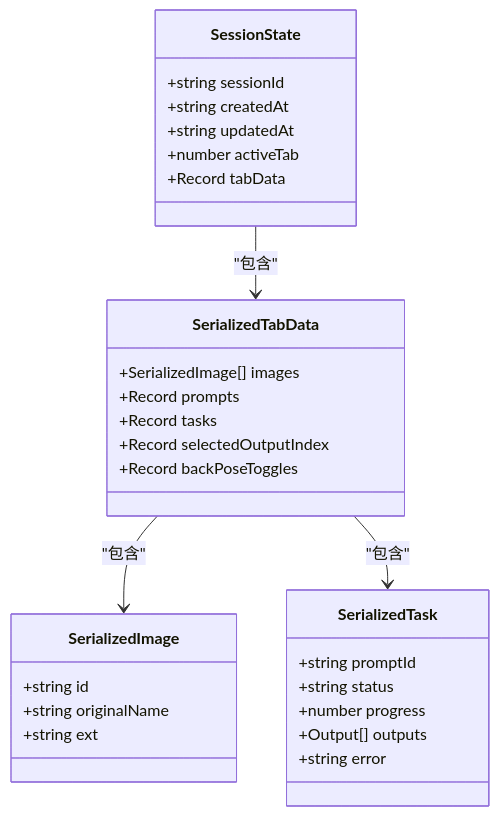
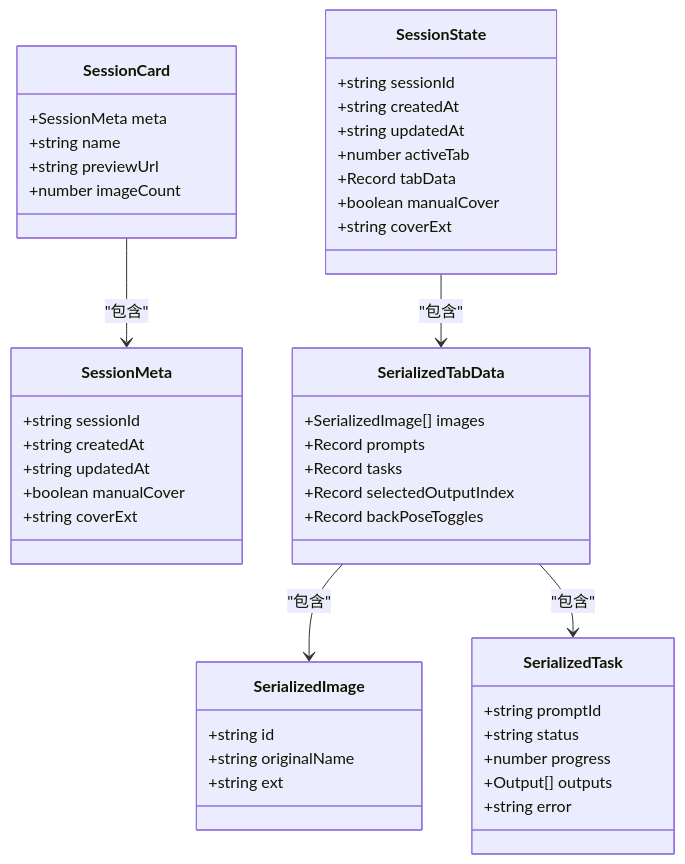
The eighth of 9 diagrams in .qoder/repowiki/zh/content/会话管理/会话管理.md (billye220670/CorineKit_Pix2Real), drawn with Mermaid before and after one commit. The commit also changed other lines of this file and 33 other files, not shown here.

````diff
--- a/.qoder/repowiki/zh/content/会话管理/会话管理.md
+++ b/.qoder/repowiki/zh/content/会话管理/会话管理.md
@@ -304,32 +369,48 @@
 ```mermaid
 classDiagram
 class SessionState {
 +string sessionId
 +string createdAt
 +string updatedAt
 +number activeTab
 +Record<number, SerializedTabData> tabData
++boolean manualCover
++string coverExt
+}
+class SessionMeta {
++string sessionId
++string createdAt
++string updatedAt
++boolean manualCover
++string coverExt
+}
+class SessionCard {
++SessionMeta meta
++string name
++string previewUrl
++number imageCount
 }
 class SerializedTabData {
 +SerializedImage[] images
 +Record<string,string> prompts
 +Record<string,SerializedTask> tasks
 +Record<string,number> selectedOutputIndex
 +Record<string,boolean> backPoseToggles
 }
 class SerializedImage {
 +string id
 +string originalName
 +string ext
 }
 class SerializedTask {
 +string promptId
 +string status
 +number progress
 +Output[] outputs
 +string error
 }
 SessionState --> SerializedTabData : "包含"
+SessionCard --> SessionMeta : "包含"
 SerializedTabData --> SerializedImage : "包含"
 SerializedTabData --> SerializedTask : "包含"
 ```
````
